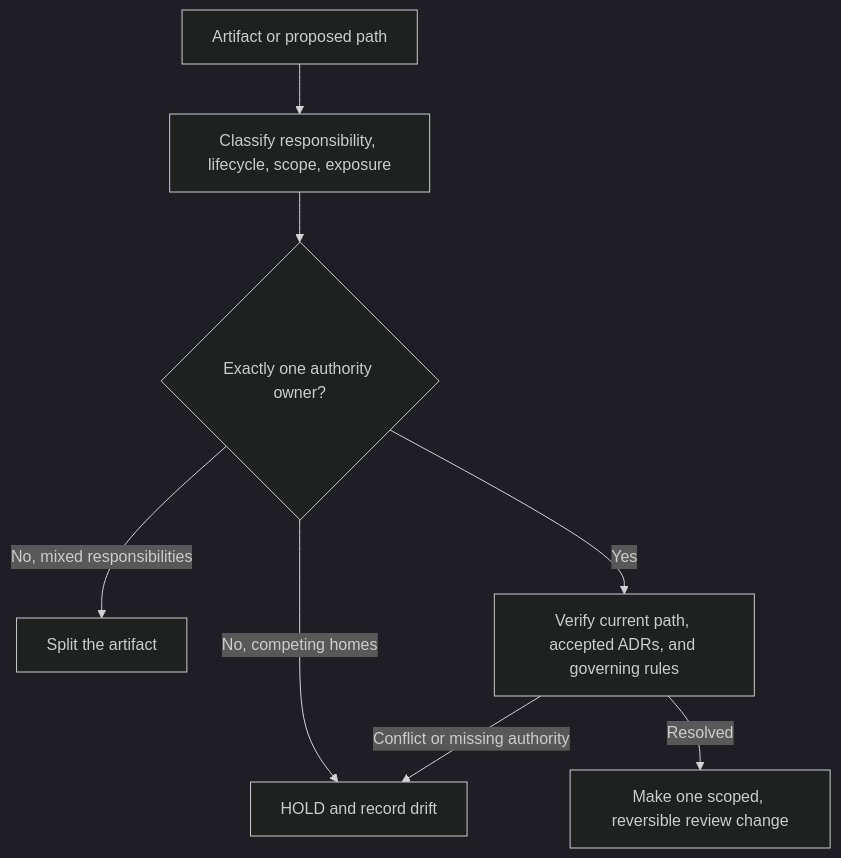
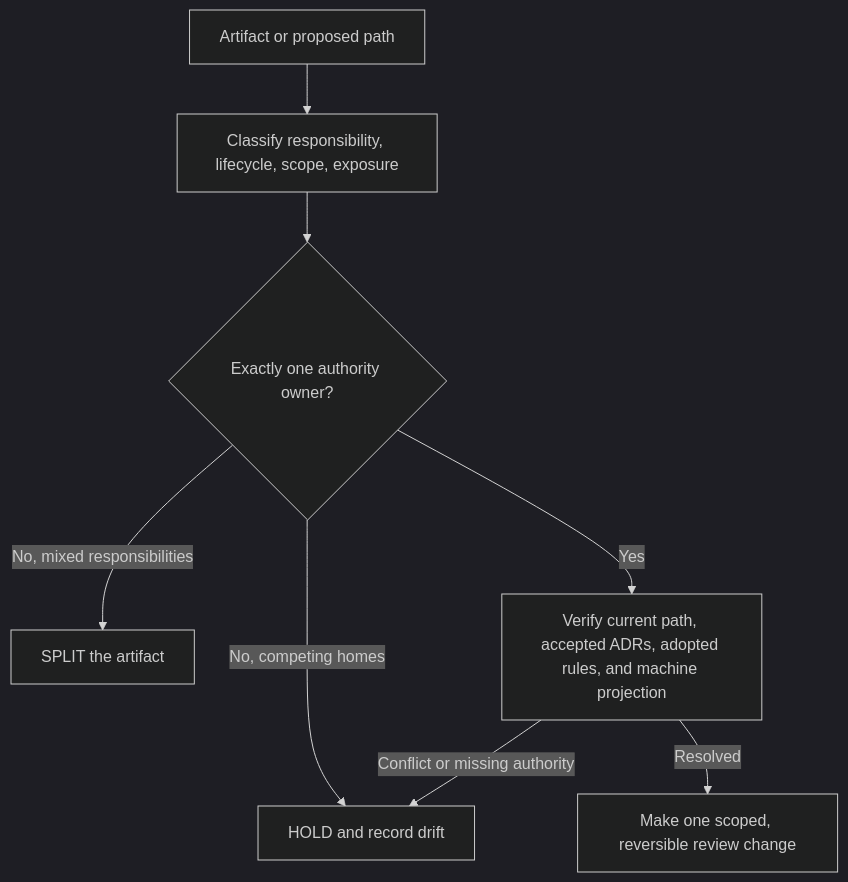
The third of 3 diagrams in docs/architecture/SKELETON_MAP.md (bartytime4life/Kansas-Frontier-Matrix), drawn with Mermaid (dark theme) before and after one commit. The commit also changed other lines of this file and 1 other file, not shown here.

Commit message:
docs(architecture): refresh skeleton map

````diff
--- a/docs/architecture/SKELETON_MAP.md
+++ b/docs/architecture/SKELETON_MAP.md
@@ -547,10 +587,10 @@
 ```mermaid
 flowchart TD
   artifact["Artifact or proposed path"] --> classify["Classify responsibility, lifecycle, scope, exposure"]
   classify --> owner{"Exactly one authority owner?"}
-  owner -->|No, mixed responsibilities| split["Split the artifact"]
+  owner -->|No, mixed responsibilities| split["SPLIT the artifact"]
   owner -->|No, competing homes| hold["HOLD and record drift"]
-  owner -->|Yes| verify["Verify current path, accepted ADRs, and governing rules"]
+  owner -->|Yes| verify["Verify current path, accepted ADRs, adopted rules, and machine projection"]
   verify -->|Conflict or missing authority| hold
   verify -->|Resolved| change["Make one scoped, reversible review change"]
 ```
````
